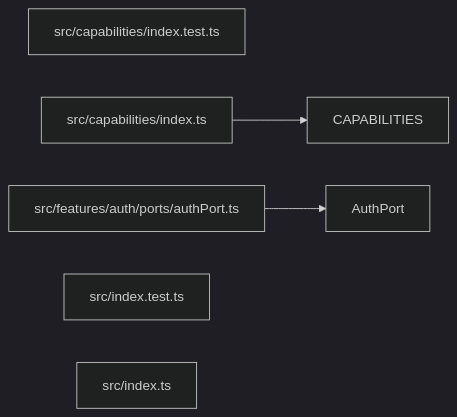
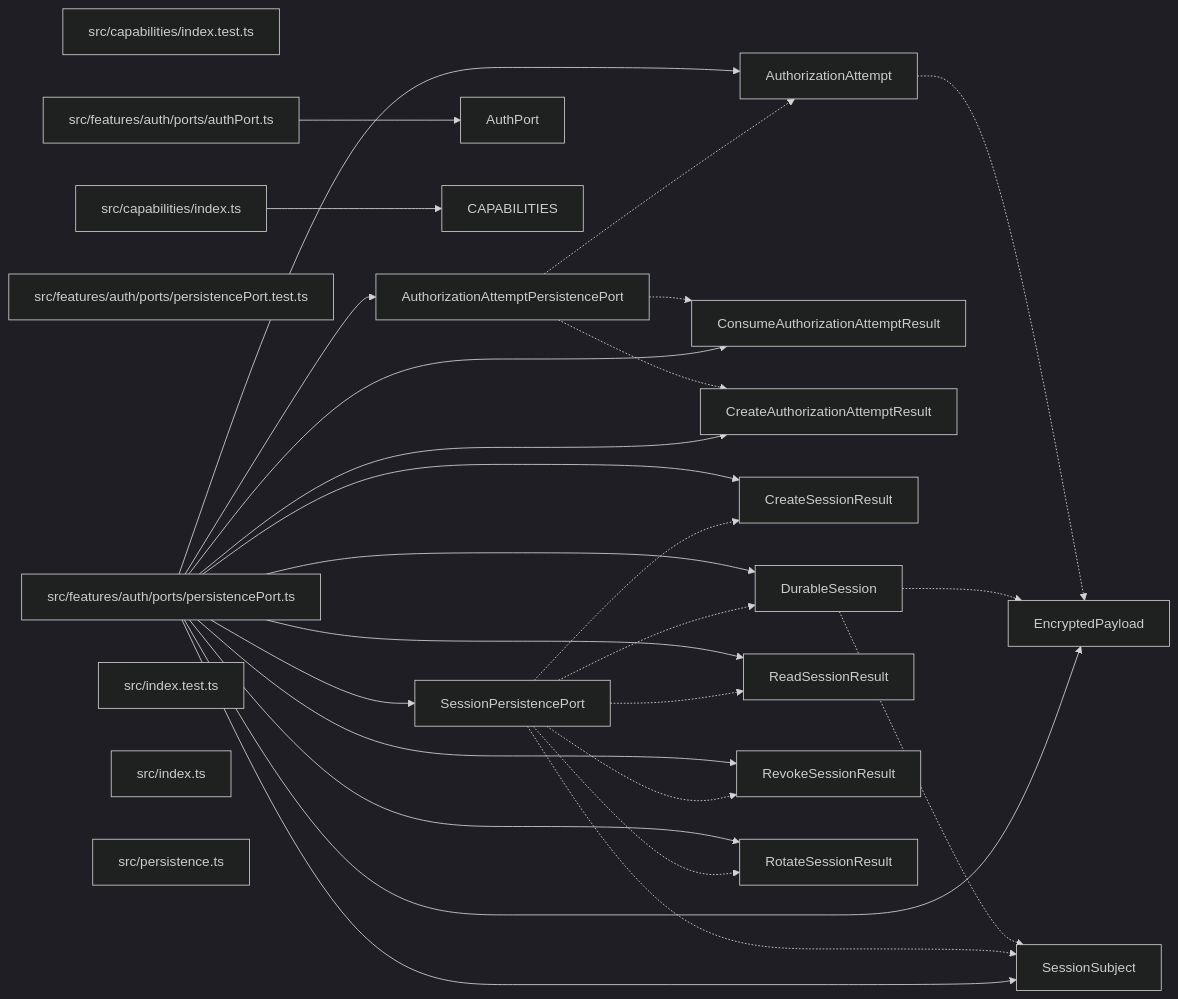
Before and after one commit to ankhorage/auth: the diagram in paradox/diagrams/export-graph.mmd, drawn with Mermaid (dark theme). The commit also changed 13 other files, not shown here.

```diff
--- a/paradox/diagrams/export-graph.mmd
+++ b/paradox/diagrams/export-graph.mmd
@@ -1,10 +1,49 @@
 graph LR
   module_src_capabilities_index_test_ts["src/capabilities/index.test.ts"]
   module_src_capabilities_index_ts["src/capabilities/index.ts"]
   module_src_features_auth_ports_authPort_ts["src/features/auth/ports/authPort.ts"]
+  module_src_features_auth_ports_persistencePort_test_ts["src/features/auth/ports/persistencePort.test.ts"]
+  module_src_features_auth_ports_persistencePort_ts["src/features/auth/ports/persistencePort.ts"]
   module_src_index_test_ts["src/index.test.ts"]
   module_src_index_ts["src/index.ts"]
+  module_src_persistence_ts["src/persistence.ts"]
+  export_AuthorizationAttempt["AuthorizationAttempt"]
+  module_src_features_auth_ports_persistencePort_ts --> export_AuthorizationAttempt
+  export_AuthorizationAttempt -.-> export_EncryptedPayload
+  export_AuthorizationAttemptPersistencePort["AuthorizationAttemptPersistencePort"]
+  module_src_features_auth_ports_persistencePort_ts --> export_AuthorizationAttemptPersistencePort
+  export_AuthorizationAttemptPersistencePort -.-> export_AuthorizationAttempt
+  export_AuthorizationAttemptPersistencePort -.-> export_ConsumeAuthorizationAttemptResult
+  export_AuthorizationAttemptPersistencePort -.-> export_CreateAuthorizationAttemptResult
   export_AuthPort["AuthPort"]
   module_src_features_auth_ports_authPort_ts --> export_AuthPort
   export_CAPABILITIES["CAPABILITIES"]
   module_src_capabilities_index_ts --> export_CAPABILITIES
+  export_ConsumeAuthorizationAttemptResult["ConsumeAuthorizationAttemptResult"]
+  module_src_features_auth_ports_persistencePort_ts --> export_ConsumeAuthorizationAttemptResult
+  export_CreateAuthorizationAttemptResult["CreateAuthorizationAttemptResult"]
+  module_src_features_auth_ports_persistencePort_ts --> export_CreateAuthorizationAttemptResult
+  export_CreateSessionResult["CreateSessionResult"]
+  module_src_features_auth_ports_persistencePort_ts --> export_CreateSessionResult
+  export_DurableSession["DurableSession"]
+  module_src_features_auth_ports_persistencePort_ts --> export_DurableSession
+  export_DurableSession -.-> export_EncryptedPayload
+  export_DurableSession -.-> export_SessionSubject
+  export_EncryptedPayload["EncryptedPayload"]
+  module_src_features_auth_ports_persistencePort_ts --> export_EncryptedPayload
+  export_ReadSessionResult["ReadSessionResult"]
+  module_src_features_auth_ports_persistencePort_ts --> export_ReadSessionResult
+  export_RevokeSessionResult["RevokeSessionResult"]
+  module_src_features_auth_ports_persistencePort_ts --> export_RevokeSessionResult
+  export_RotateSessionResult["RotateSessionResult"]
+  module_src_features_auth_ports_persistencePort_ts --> export_RotateSessionResult
+  export_SessionPersistencePort["SessionPersistencePort"]
+  module_src_features_auth_ports_persistencePort_ts --> export_SessionPersistencePort
+  export_SessionPersistencePort -.-> export_CreateSessionResult
+  export_SessionPersistencePort -.-> export_DurableSession
+  export_SessionPersistencePort -.-> export_ReadSessionResult
+  export_SessionPersistencePort -.-> export_RevokeSessionResult
+  export_SessionPersistencePort -.-> export_RotateSessionResult
+  export_SessionPersistencePort -.-> export_SessionSubject
+  export_SessionSubject["SessionSubject"]
+  module_src_features_auth_ports_persistencePort_ts --> export_SessionSubject
```
